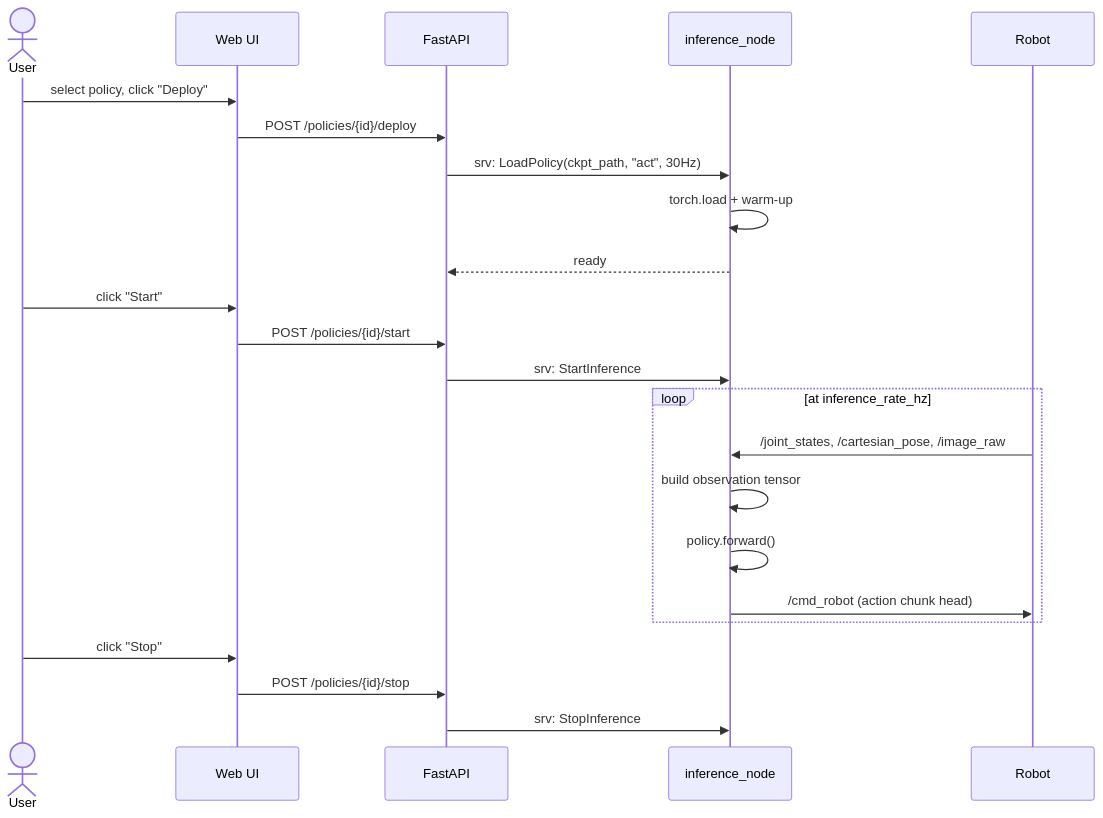
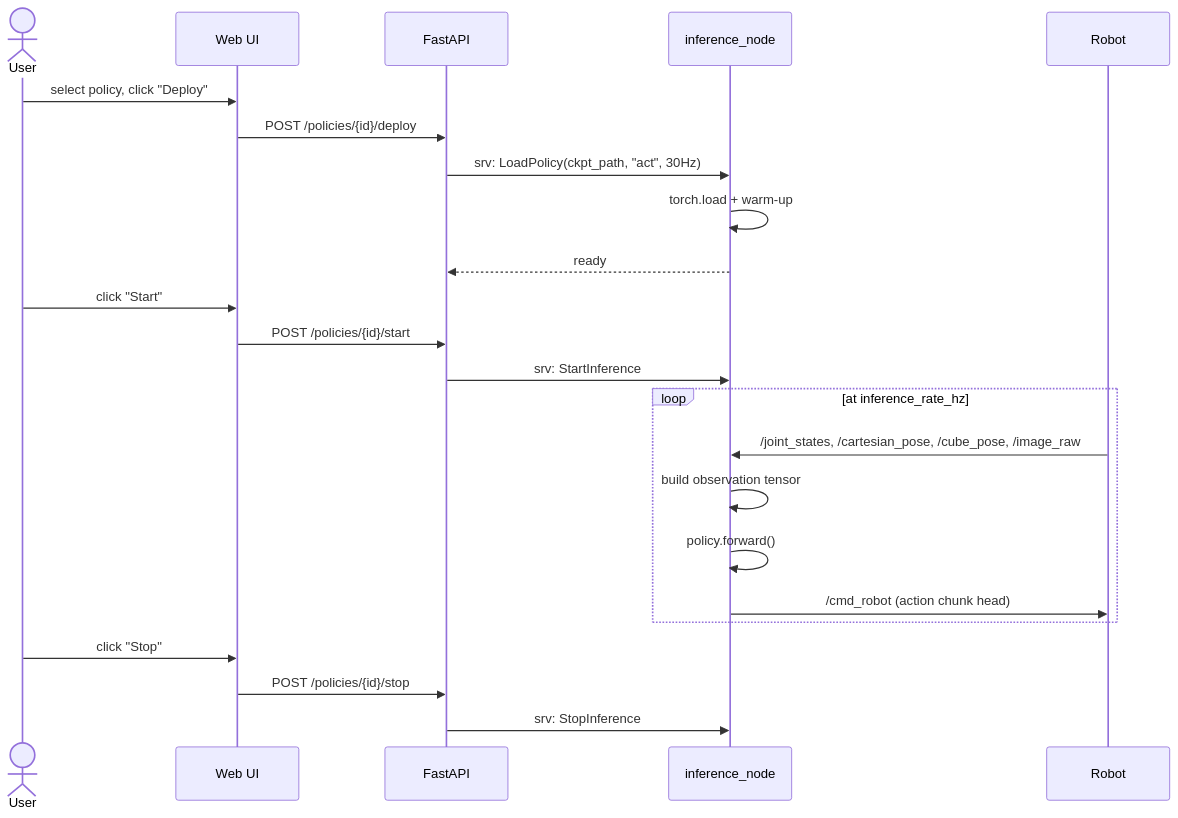
The fifth of 6 diagrams in docs/02_architecture_diagrams.md (NZ5253/ros2-il-pipeline), drawn with Mermaid before and after one commit. The commit also changed other lines of this file, not shown here.

Commit message:
Architecture diagrams: include /cube_pose task-object channel

````diff
--- a/docs/02_architecture_diagrams.md
+++ b/docs/02_architecture_diagrams.md
@@ -162,29 +164,29 @@
 ```mermaid
 sequenceDiagram
     actor User
     participant UI as Web UI
     participant API as FastAPI
     participant Inferer as inference_node
     participant Robot as Robot
 
     User->>UI: select policy, click "Deploy"
     UI->>API: POST /policies/{id}/deploy
     API->>Inferer: srv: LoadPolicy(ckpt_path, "act", 30Hz)
     Inferer->>Inferer: torch.load + warm-up
     Inferer-->>API: ready
 
     User->>UI: click "Start"
     UI->>API: POST /policies/{id}/start
     API->>Inferer: srv: StartInference
 
     loop at inference_rate_hz
-        Robot->>Inferer: /joint_states, /cartesian_pose, /image_raw
+        Robot->>Inferer: /joint_states, /cartesian_pose, /cube_pose, /image_raw
         Inferer->>Inferer: build observation tensor
         Inferer->>Inferer: policy.forward()
         Inferer->>Robot: /cmd_robot (action chunk head)
     end
 
     User->>UI: click "Stop"
     UI->>API: POST /policies/{id}/stop
     API->>Inferer: srv: StopInference
 ```
````
